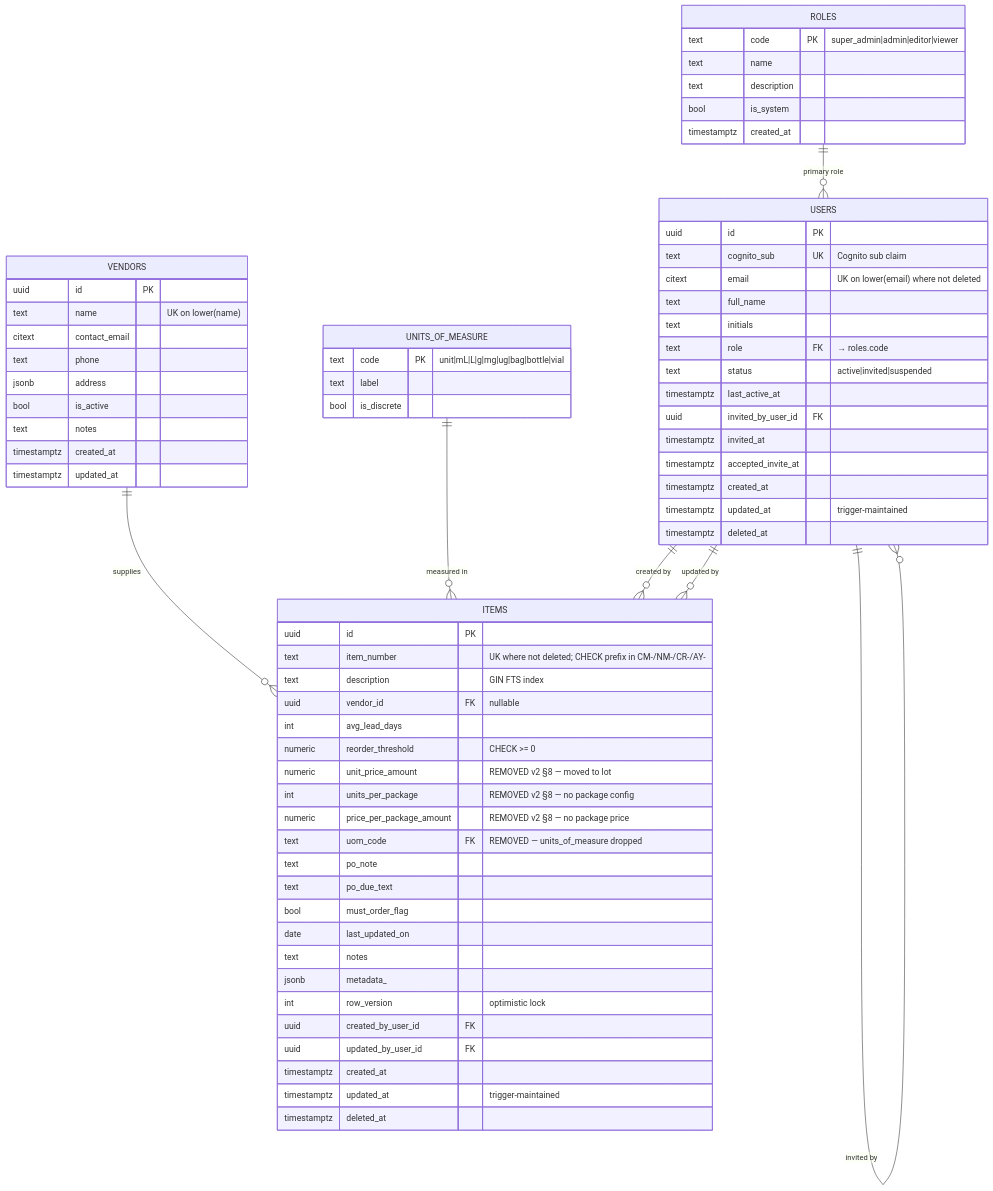
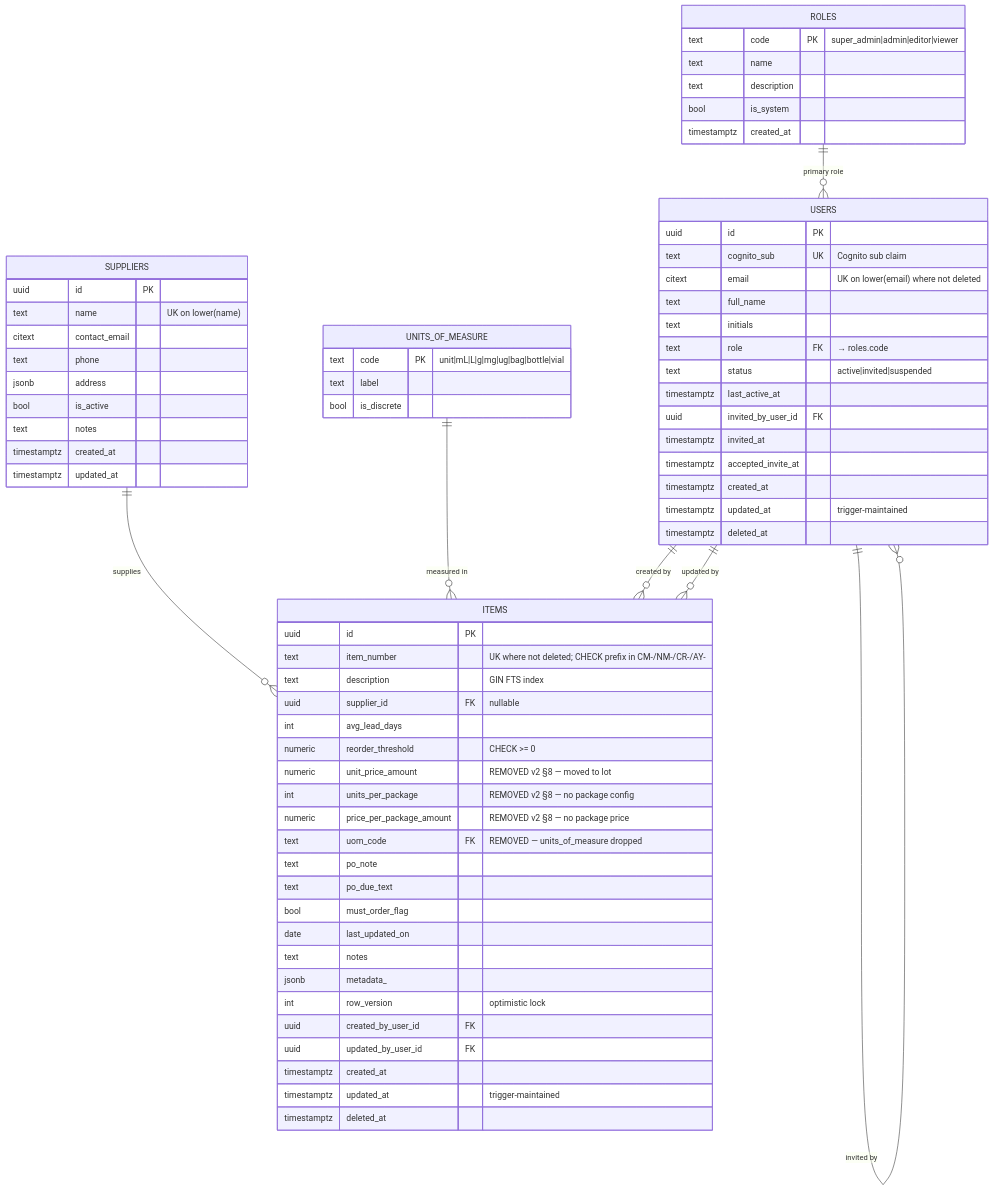
Before and after one commit to tucker-hub728/InventoryTracking: the first of 2 diagrams in docs/backend-data-structure-v1-mvp.md, drawn with Mermaid. The commit also changed other lines of this file and 60 other files, not shown here.

First line of the commit message:
Rename 'vendor' to 'supplier' throughout product

````diff
--- a/docs/backend-data-structure-v1-mvp.md
+++ b/docs/backend-data-structure-v1-mvp.md
@@ -123,78 +123,78 @@
 ```mermaid
 erDiagram
     ROLES ||--o{ USERS : "primary role"
     USERS ||--o{ USERS : "invited by"
-    VENDORS ||--o{ ITEMS : "supplies"
+    SUPPLIERS ||--o{ ITEMS : "supplies"
     UNITS_OF_MEASURE ||--o{ ITEMS : "measured in"
     USERS ||--o{ ITEMS : "created by"
     USERS ||--o{ ITEMS : "updated by"
 
     ROLES {
         text code PK "super_admin|admin|editor|viewer"
         text name
         text description
         bool is_system
         timestamptz created_at
     }
     USERS {
         uuid id PK
         text cognito_sub UK "Cognito sub claim"
         citext email "UK on lower(email) where not deleted"
         text full_name
         text initials
         text role FK "→ roles.code"
         text status "active|invited|suspended"
         timestamptz last_active_at
         uuid invited_by_user_id FK
         timestamptz invited_at
         timestamptz accepted_invite_at
         timestamptz created_at
         timestamptz updated_at "trigger-maintained"
         timestamptz deleted_at
     }
-    VENDORS {
+    SUPPLIERS {
         uuid id PK
         text name "UK on lower(name)"
         citext contact_email
         text phone
         jsonb address
         bool is_active
         text notes
         timestamptz created_at
         timestamptz updated_at
     }
     UNITS_OF_MEASURE {
         text code PK "unit|mL|L|g|mg|ug|bag|bottle|vial"
         text label
         bool is_discrete
     }
     %% HISTORICAL v1-MVP SNAPSHOT. The pricing/UOM columns below
     %% (unit_price_amount, units_per_package, price_per_package_amount,
     %% uom_code) were REMOVED per v2 §8 — track unit price only, no
     %% package-configuration price. Unit price now lives on the lot
     %% (migration b7c8d9e0f1a2). Do not carry these forward.
     ITEMS {
         uuid id PK
         text item_number "UK where not deleted; CHECK prefix in CM-/NM-/CR-/AY-"
         text description "GIN FTS index"
-        uuid vendor_id FK "nullable"
+        uuid supplier_id FK "nullable"
         int avg_lead_days
         numeric reorder_threshold "CHECK >= 0"
         numeric unit_price_amount "REMOVED v2 §8 — moved to lot"
         int units_per_package "REMOVED v2 §8 — no package config"
         numeric price_per_package_amount "REMOVED v2 §8 — no package price"
         text uom_code FK "REMOVED — units_of_measure dropped"
         text po_note
         text po_due_text
         bool must_order_flag
         date last_updated_on
         text notes
         jsonb metadata_
         int row_version "optimistic lock"
         uuid created_by_user_id FK
         uuid updated_by_user_id FK
         timestamptz created_at
         timestamptz updated_at "trigger-maintained"
         timestamptz deleted_at
     }
 ```
````
